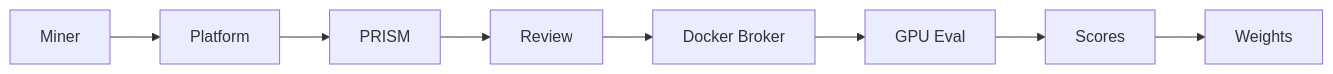
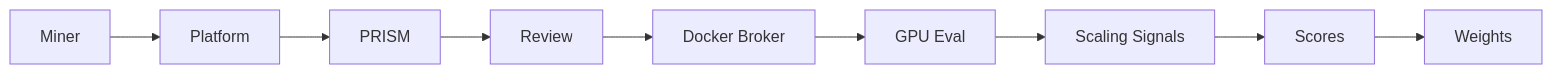
The first of 2 diagrams in README.md (PlatformNetwork/prism), drawn with Mermaid before and after one commit. The commit also changed other lines of this file and 7 other files, not shown here.

````diff
--- a/README.md
+++ b/README.md
@@ -49,10 +51,11 @@
 ```mermaid
 flowchart LR
     Miner[Miner] --> Platform[Platform]
     Platform --> Prism[PRISM]
     Prism --> Review[Review]
     Review --> Broker[Docker Broker]
     Broker --> GPU[GPU Eval]
-    GPU --> Scores[Scores]
+    GPU --> Scale[Scaling Signals]
+    Scale --> Scores[Scores]
     Scores --> Weights[Weights]
 ```
````
